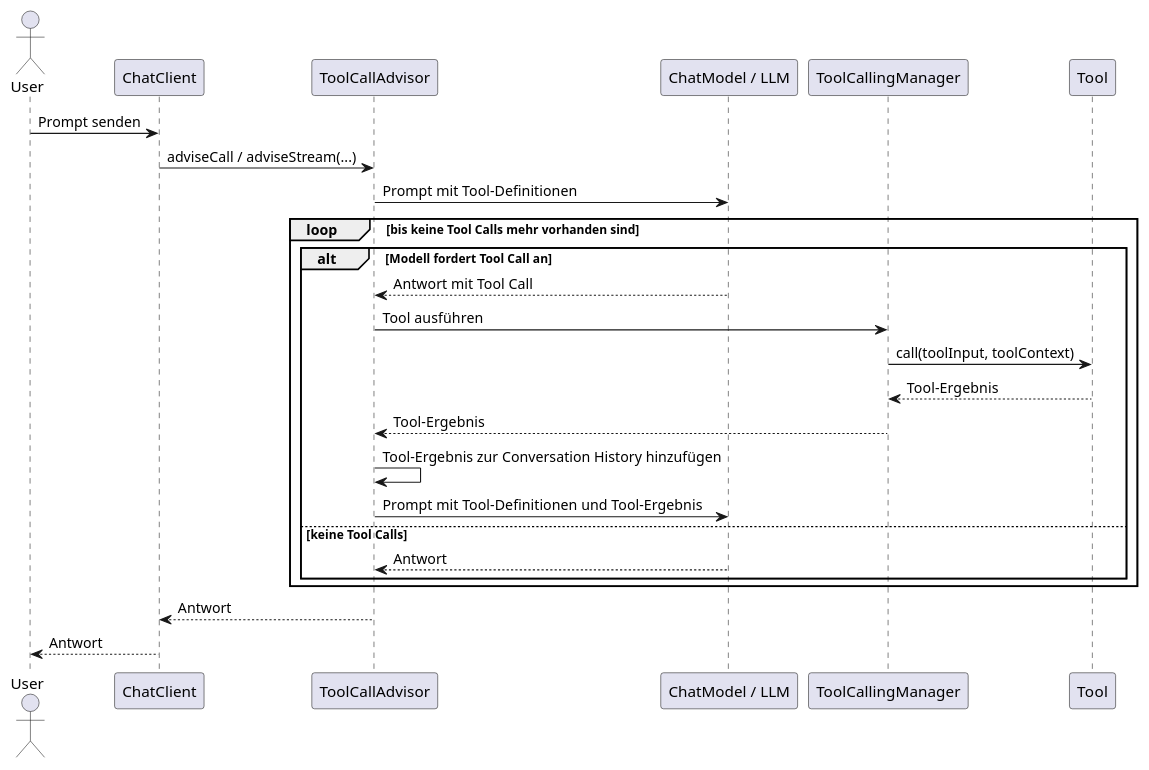
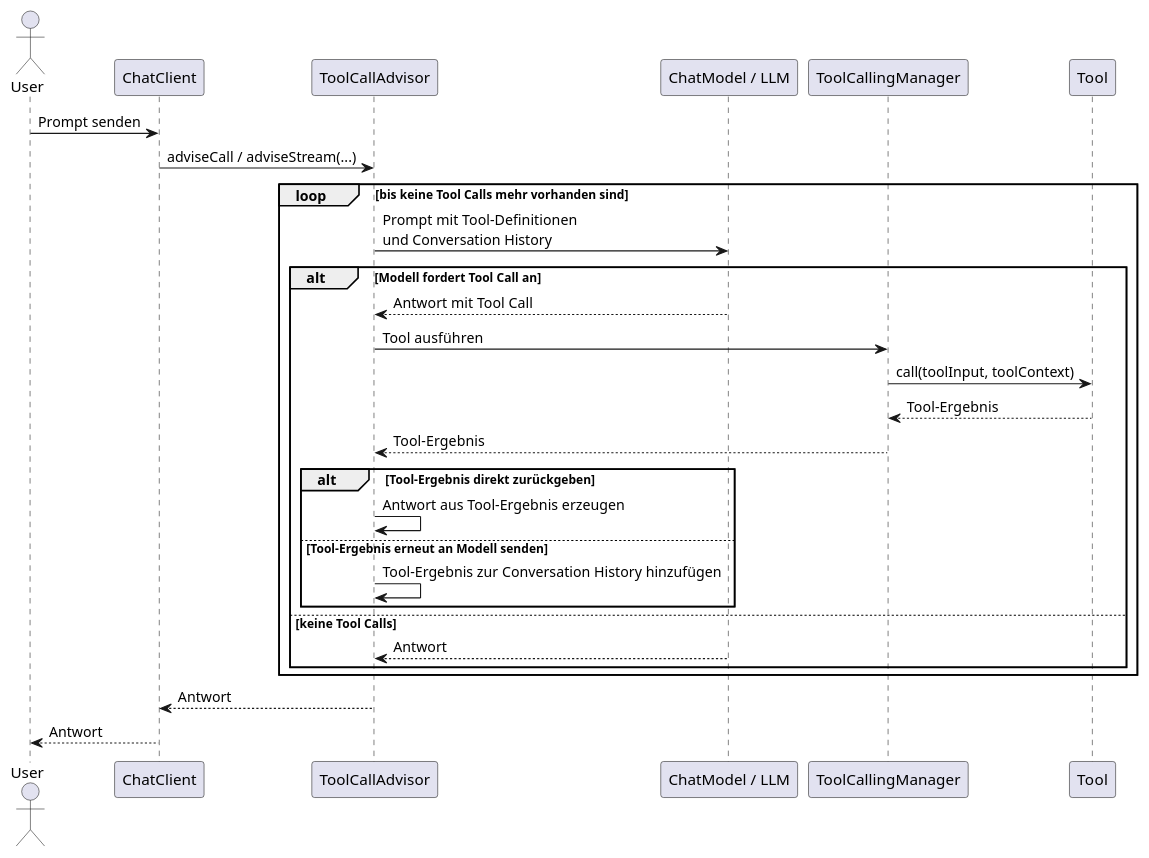
The diagram in diagrams/10-ToolCall.puml (thjanssen/SpringAiBuch), drawn with PlantUML before and after one commit. The commit also changed 86 other files, not shown here.

```diff
--- a/diagrams/10-ToolCall.puml
+++ b/diagrams/10-ToolCall.puml
@@ -1,37 +1,43 @@
 @startuml
 
 skinparam shadowing false
 skinparam sequenceArrowThickness 1
 skinparam responseMessageBelowArrow true
 
 actor "User" as User
 participant "ChatClient" as Client
 participant "ToolCallAdvisor" as Advisor
 participant "ChatModel / LLM" as Model
 participant "ToolCallingManager" as Manager
 participant "Tool" as Tool
 
 User -> Client : Prompt senden
 Client -> Advisor : adviseCall / adviseStream(...)
 
-Advisor -> Model : Prompt mit Tool-Definitionen
+loop bis keine Tool Calls mehr vorhanden sind
 
-loop bis keine Tool Calls mehr vorhanden sind
+  Advisor -> Model : Prompt mit Tool-Definitionen\nund Conversation History
 
   alt Modell fordert Tool Call an
     Model --> Advisor : Antwort mit Tool Call
+
     Advisor -> Manager : Tool ausführen
     Manager -> Tool : call(toolInput, toolContext)
     Tool --> Manager : Tool-Ergebnis
     Manager --> Advisor : Tool-Ergebnis
-    Advisor -> Advisor : Tool-Ergebnis zur Conversation History hinzufügen
-    Advisor -> Model : Prompt mit Tool-Definitionen und Tool-Ergebnis
+
+    alt Tool-Ergebnis direkt zurückgeben
+      Advisor -> Advisor : Antwort aus Tool-Ergebnis erzeugen
+    else Tool-Ergebnis erneut an Modell senden
+      Advisor -> Advisor : Tool-Ergebnis zur Conversation History hinzufügen
+    end
+
   else keine Tool Calls
     Model --> Advisor : Antwort
   end
 end
 
 Advisor --> Client : Antwort
 Client --> User : Antwort
 
 @enduml
```
